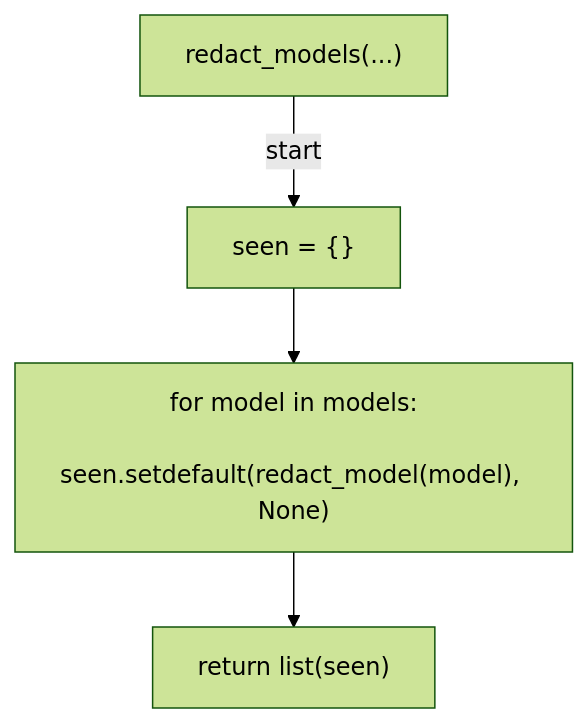
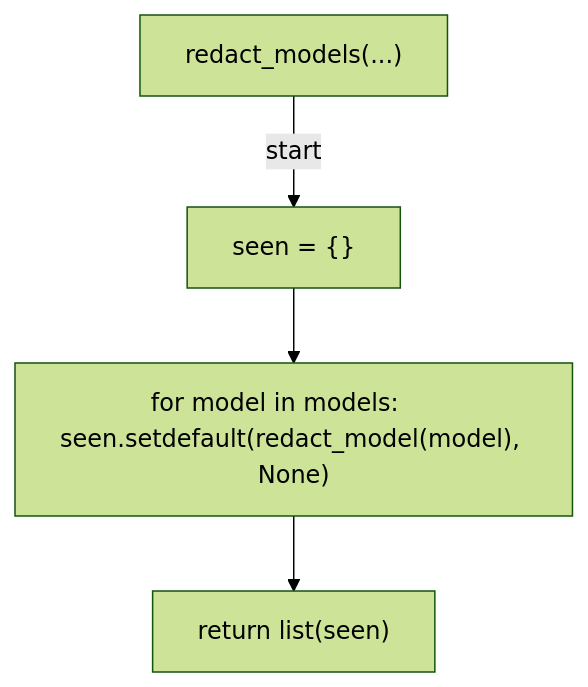
Before and after one commit to tvna/claude-md: the seventh of 15 diagrams in docs/generated/scripts/ast/session_resource_report.md, drawn with Mermaid (forest theme). The commit also changed other lines of this file and 23 other files, not shown here.

First line of the commit message:
docs(generated): regenerate decision tree and workflow diagrams (batch 4/5)

````diff
--- a/docs/generated/scripts/ast/session_resource_report.md
+++ b/docs/generated/scripts/ast/session_resource_report.md
@@ -176,11 +171,10 @@
 ```mermaid
 flowchart TD
     N001["redact_models(...)"]
     N002["seen = {}"]
-    N003["for model in models:
-    seen.setdefault(redact_model(model), None)"]
+    N003["for model in models:     seen.setdefault(redact_model(model), None)"]
     N004["return list(seen)"]
     N001 -->|"start"| N002
     N002 --> N003
     N003 --> N004
 ```
````
